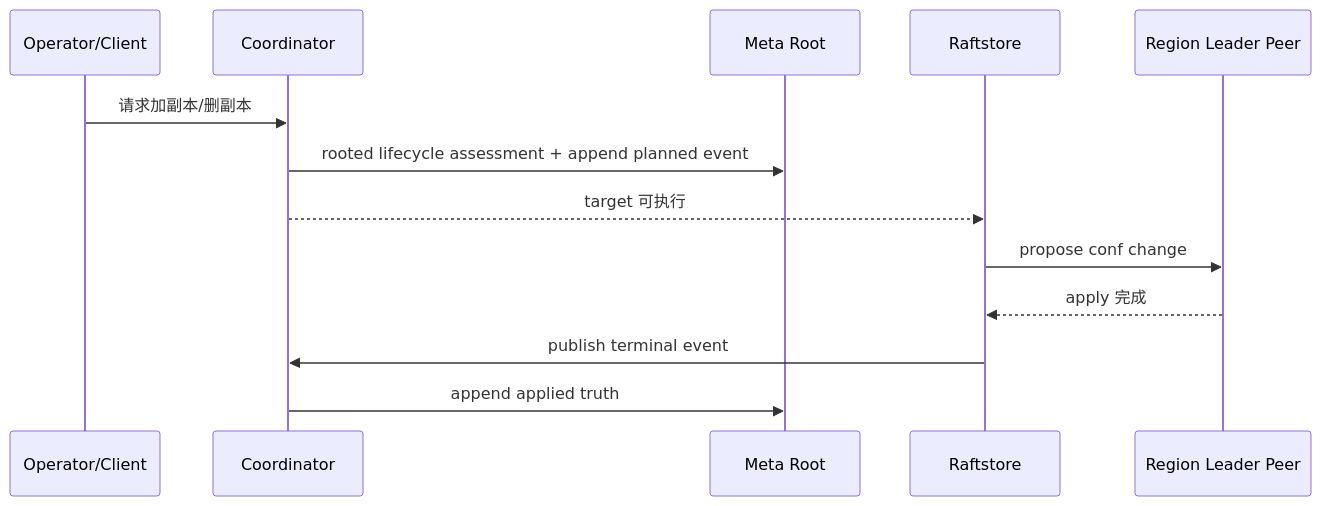
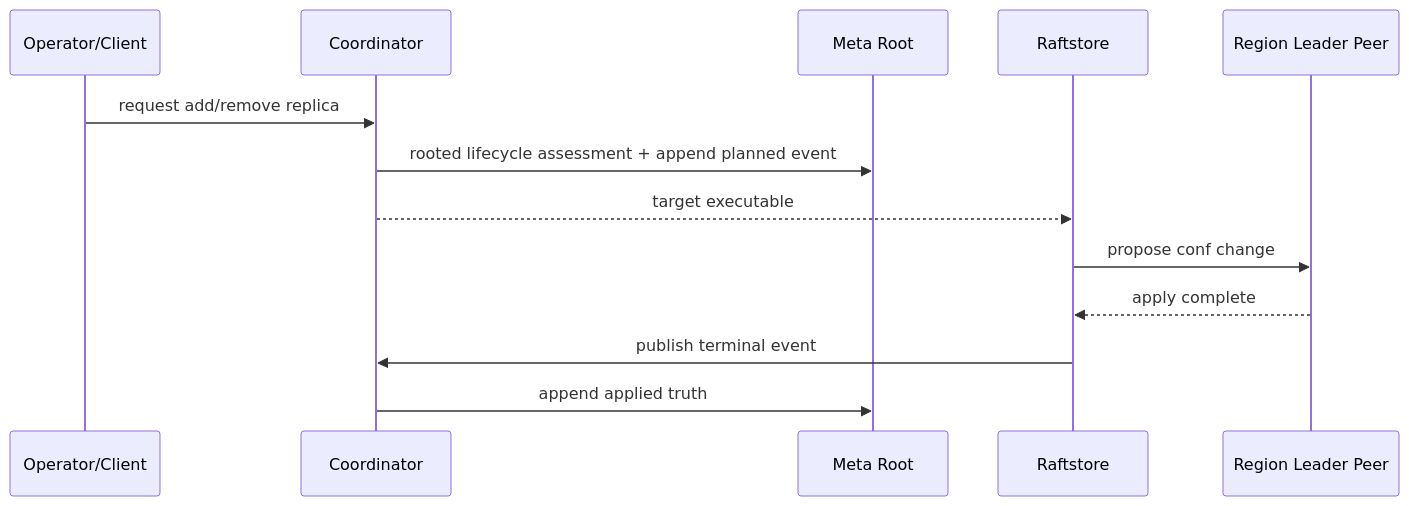
Before and after one commit to feichai0017/NoKV: the second of 2 diagrams in docs/notes/2026-03-30-coordinator-and-execution-layering.md, drawn with Mermaid. The commit also changed other lines of this file and 23 other files, not shown here.

````diff
--- a/docs/notes/2026-03-30-coordinator-and-execution-layering.md
+++ b/docs/notes/2026-03-30-coordinator-and-execution-layering.md
@@ -128,16 +128,16 @@
 ```mermaid
 sequenceDiagram
     participant OP as Operator/Client
     participant Coordinator as Coordinator
     participant MR as Meta Root
     participant RS as Raftstore
     participant RP as Region Leader Peer
 
-    OP->>Coordinator: 请求加副本/删副本
+    OP->>Coordinator: request add/remove replica
     Coordinator->>MR: rooted lifecycle assessment + append planned event
-    Coordinator-->>RS: target 可执行
+    Coordinator-->>RS: target executable
     RS->>RP: propose conf change
-    RP-->>RS: apply 完成
+    RP-->>RS: apply complete
     RS->>Coordinator: publish terminal event
     Coordinator->>MR: append applied truth
 ```
````
